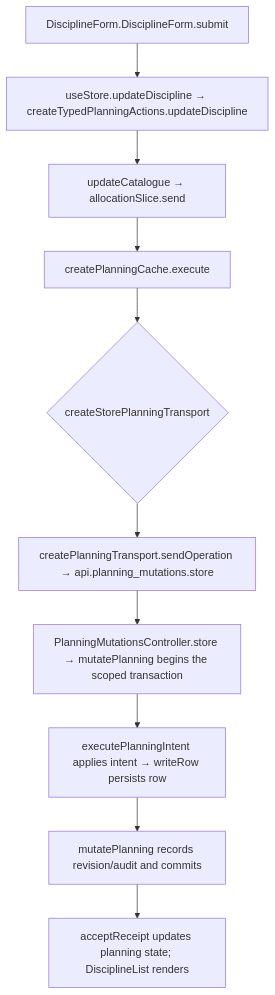
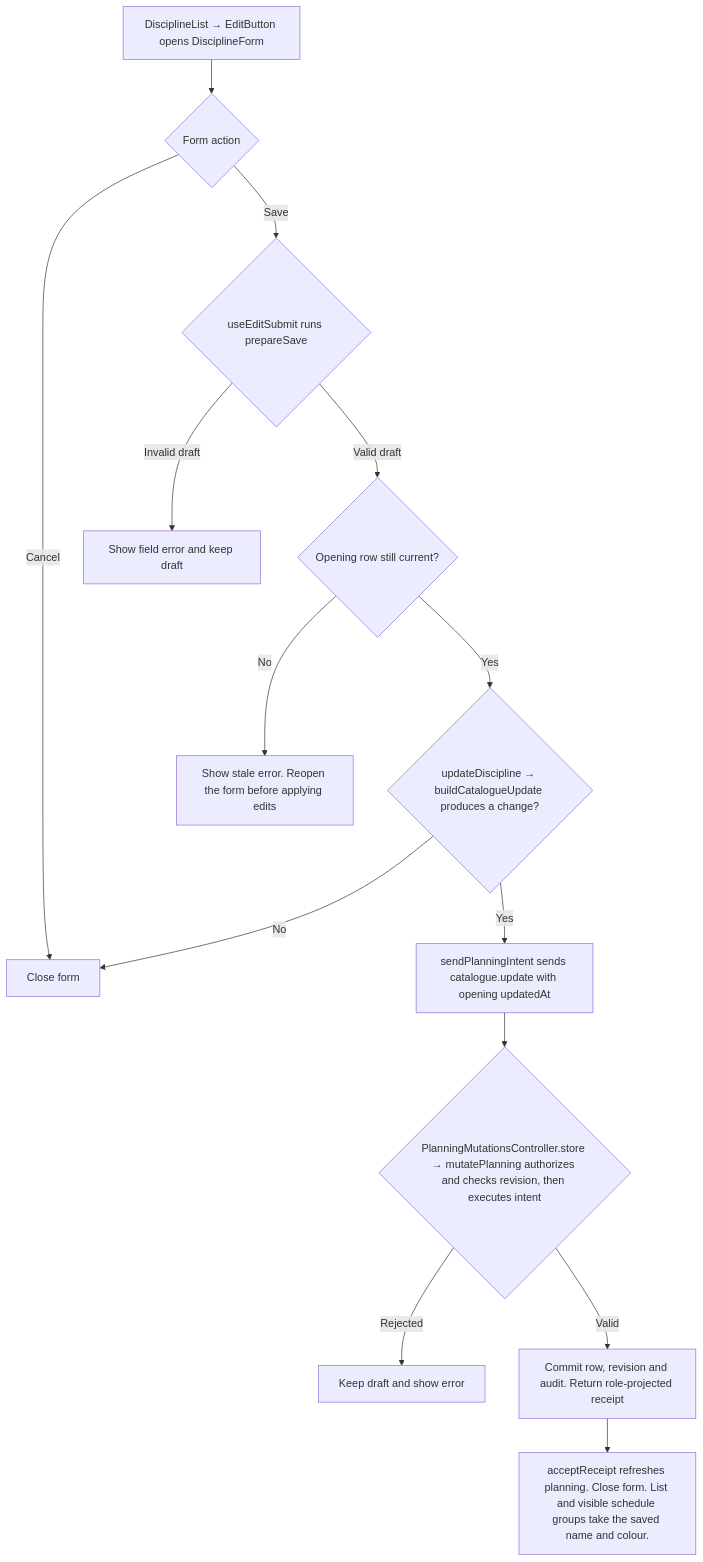
Before and after one commit to Kevinjohn/capacitylens: the second of 2 diagrams in user-stories/disciplines/US-DIS-02-edit-discipline.md, drawn with Mermaid. The commit also changed other lines of this file and 172 other files, not shown here.

Commit message:
docs: reconcile user story code flows with source

````diff
--- a/user-stories/disciplines/US-DIS-02-edit-discipline.md
+++ b/user-stories/disciplines/US-DIS-02-edit-discipline.md
@@ -34,8 +34,16 @@
 ```mermaid
 flowchart TD
-  A["DisciplineForm.DisciplineForm.submit"] --> B["useStore.updateDiscipline → createTypedPlanningActions.updateDiscipline"]
-  B --> C["updateCatalogue → allocationSlice.send"]
-  C --> D["createPlanningCache.execute"] --> E{"createStorePlanningTransport"}
-  E --> F["createPlanningTransport.sendOperation → api.planning_mutations.store"] --> G["PlanningMutationsController.store → mutatePlanning begins the scoped transaction"]
-  G --> H["executePlanningIntent applies intent → writeRow persists row"] --> K["mutatePlanning records revision/audit and commits"] --> J["acceptReceipt updates planning state; DisciplineList renders"]
+  ENTRY["DisciplineList → EditButton opens DisciplineForm"] --> ACTION{"Form action"}
+  ACTION -->|Cancel| CLOSE["Close form"]
+  ACTION -->|Save| FORM{"useEditSubmit runs prepareSave"}
+  FORM -->|Invalid draft| FIELD["Show field error and keep draft"]
+  FORM -->|Valid draft| STALE{"Opening row still current?"}
+  STALE -->|No| REOPEN["Show stale error. Reopen the form before applying edits"]
+  STALE -->|Yes| DIFF{"updateDiscipline → buildCatalogueUpdate produces a change?"}
+  DIFF -->|No| CLOSE
+  DIFF -->|Yes| SEND["sendPlanningIntent sends catalogue.update with opening updatedAt"]
+  SEND --> SERVER{"PlanningMutationsController.store → mutatePlanning authorizes and checks revision, then executes intent"}
+  SERVER -->|Rejected| ERROR["Keep draft and show error"]
+  SERVER -->|Valid| COMMIT["Commit row, revision and audit. Return role-projected receipt"]
+  COMMIT --> DONE["acceptReceipt refreshes planning. Close form. List and visible schedule groups take the saved name and colour."]
 ```
````
